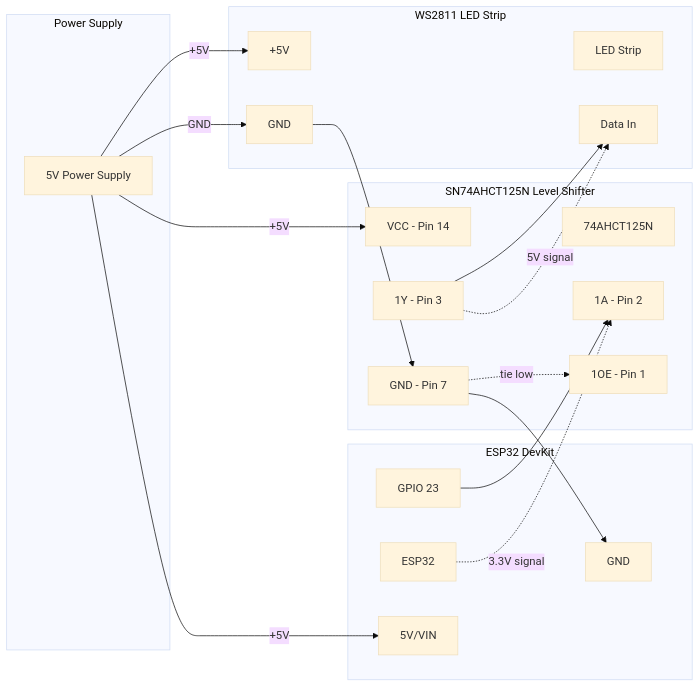
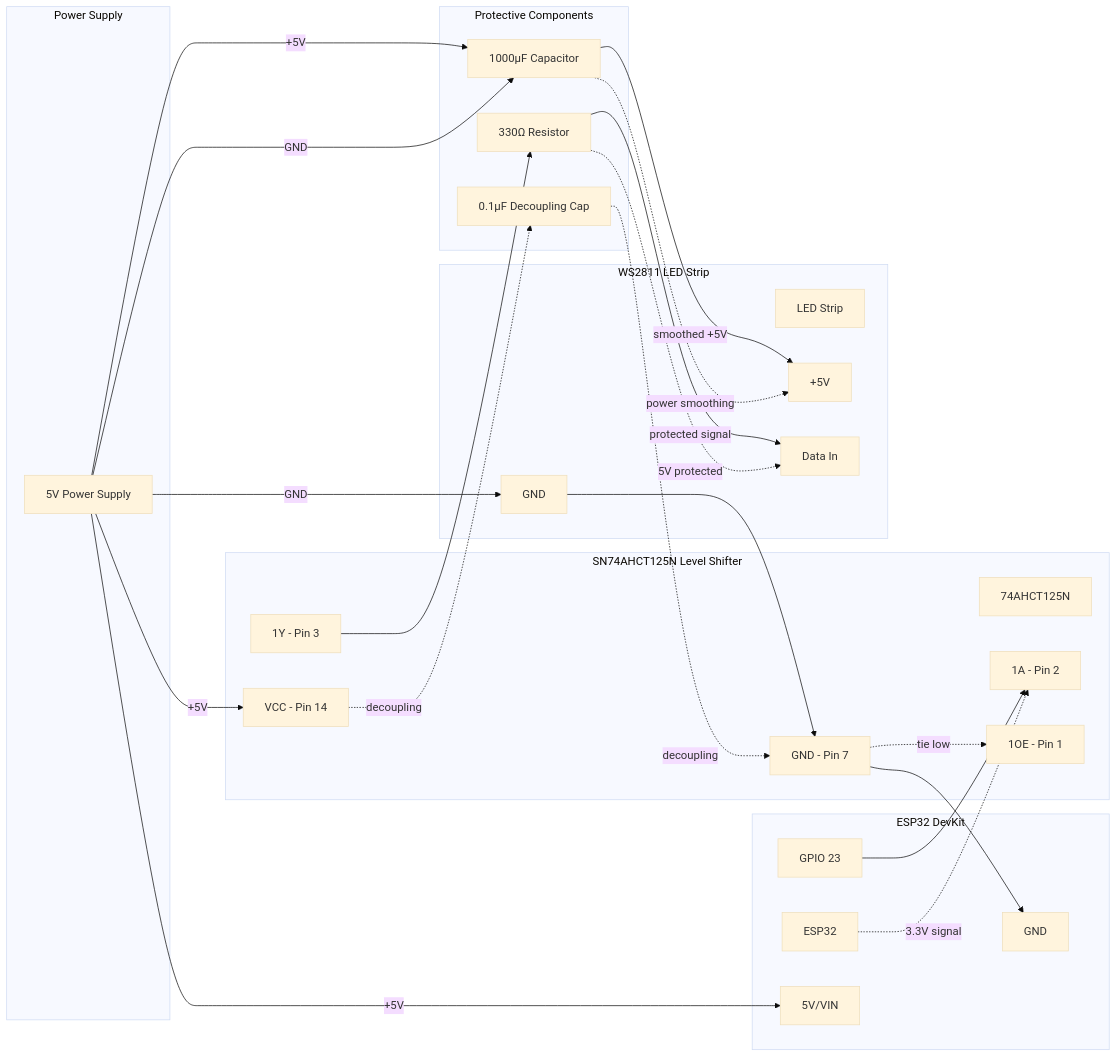
The diagram in esp32/README.md (zagraves/metar-map), drawn with Mermaid (base theme) before and after one commit. The commit also changed other lines of this file and 6 other files, not shown here.

````diff
--- a/esp32/README.md
+++ b/esp32/README.md
@@ -35,50 +100,64 @@
 ```mermaid
 graph LR
     subgraph "Power Supply"
         PSU[5V Power Supply]
     end
     
     subgraph "ESP32 DevKit"
         ESP32[ESP32]
         GPIO23[GPIO 23]
         ESP_GND[GND]
         ESP_5V[5V/VIN]
     end
     
     subgraph "SN74AHCT125N Level Shifter"
         LS[74AHCT125N]
         LS_VCC[VCC - Pin 14]
         LS_GND[GND - Pin 7]
         LS_IN[1A - Pin 2]
         LS_OUT[1Y - Pin 3]
         LS_OE[1OE - Pin 1]
     end
     
+    subgraph "Protective Components"
+        CAP[1000µF Capacitor]
+        RES[330Ω Resistor]
+        DECAP[0.1µF Decoupling Cap]
+    end
+    
     subgraph "WS2811 LED Strip"
         LED[LED Strip]
         LED_VCC[+5V]
         LED_GND[GND]
         LED_DATA[Data In]
     end
     
-    %% Power connections
-    PSU -->|+5V| LED_VCC
+    %% Power connections with smoothing capacitor
+    PSU -->|+5V| CAP
+    CAP -->|smoothed +5V| LED_VCC
     PSU -->|+5V| LS_VCC
     PSU -->|+5V| ESP_5V
     
     %% Ground connections
+    PSU -->|GND| CAP
     PSU -->|GND| LED_GND
     LED_GND --> LS_GND
     LS_GND --> ESP_GND
     
-    %% Data signal path
+    %% IC decoupling (optional)
+    LS_VCC -.->|decoupling| DECAP
+    DECAP -.->|decoupling| LS_GND
+    
+    %% Data signal path with protection
     GPIO23 --> LS_IN
-    LS_OUT --> LED_DATA
+    LS_OUT --> RES
+    RES -->|protected signal| LED_DATA
     
     %% Level shifter enable (tie to GND for always enabled)
     LS_GND -.->|tie low| LS_OE
     
     %% Connection labels
     ESP32 -.->|3.3V signal| LS_IN
-    LS_OUT -.->|5V signal| LED_DATA
+    RES -.->|5V protected| LED_DATA
+    CAP -.->|power smoothing| LED_VCC
 ```
````
